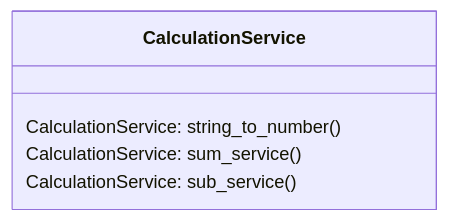
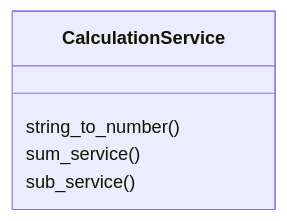
One commit to n0spoon/ot-harjoitustyo changed the diagram in dokumentaatio/arkkitehtuuri.md. Above: the diagram before and after it, drawn with Mermaid. The commit also changed other lines of this file, not shown here.

````diff
--- a/dokumentaatio/arkkitehtuuri.md
+++ b/dokumentaatio/arkkitehtuuri.md
@@ -13,8 +13,8 @@
 ```mermaid
  classDiagram
      class CalculationService{
+}
      CalculationService: string_to_number()
      CalculationService: sum_service()
      CalculationService: sub_service()
-}
 ```
````
